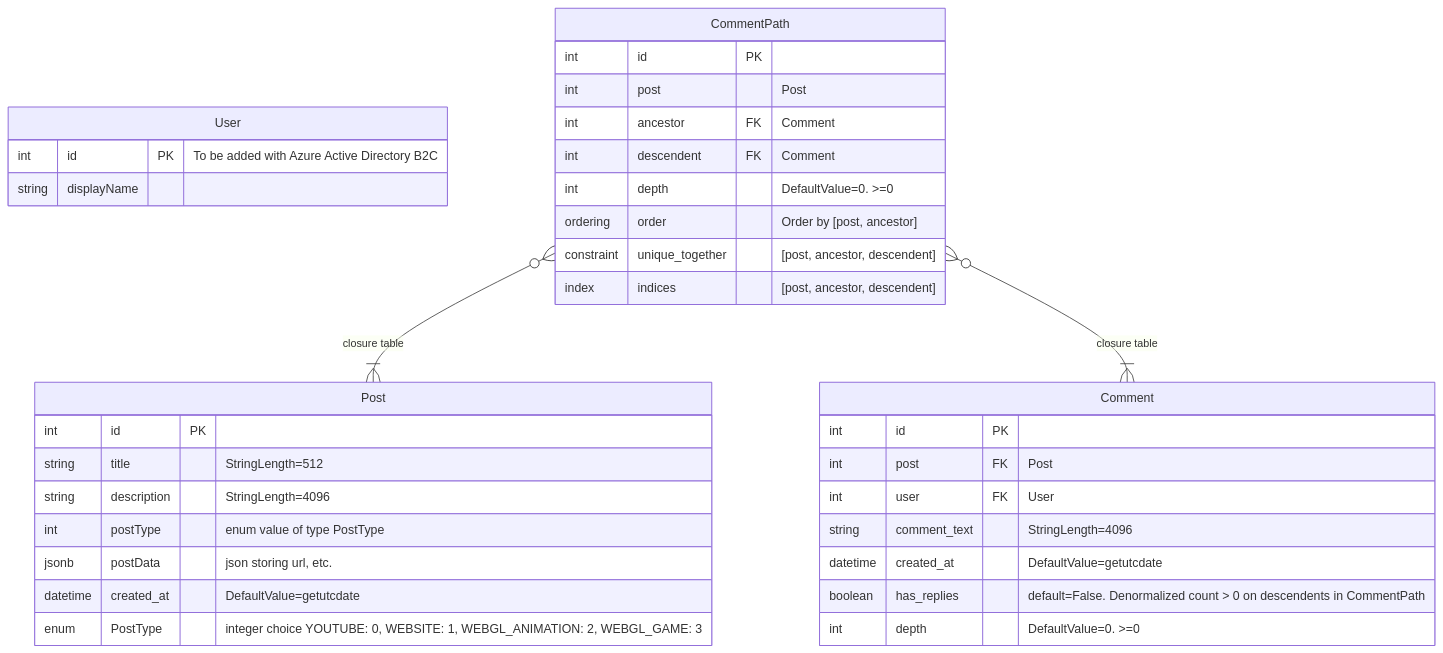
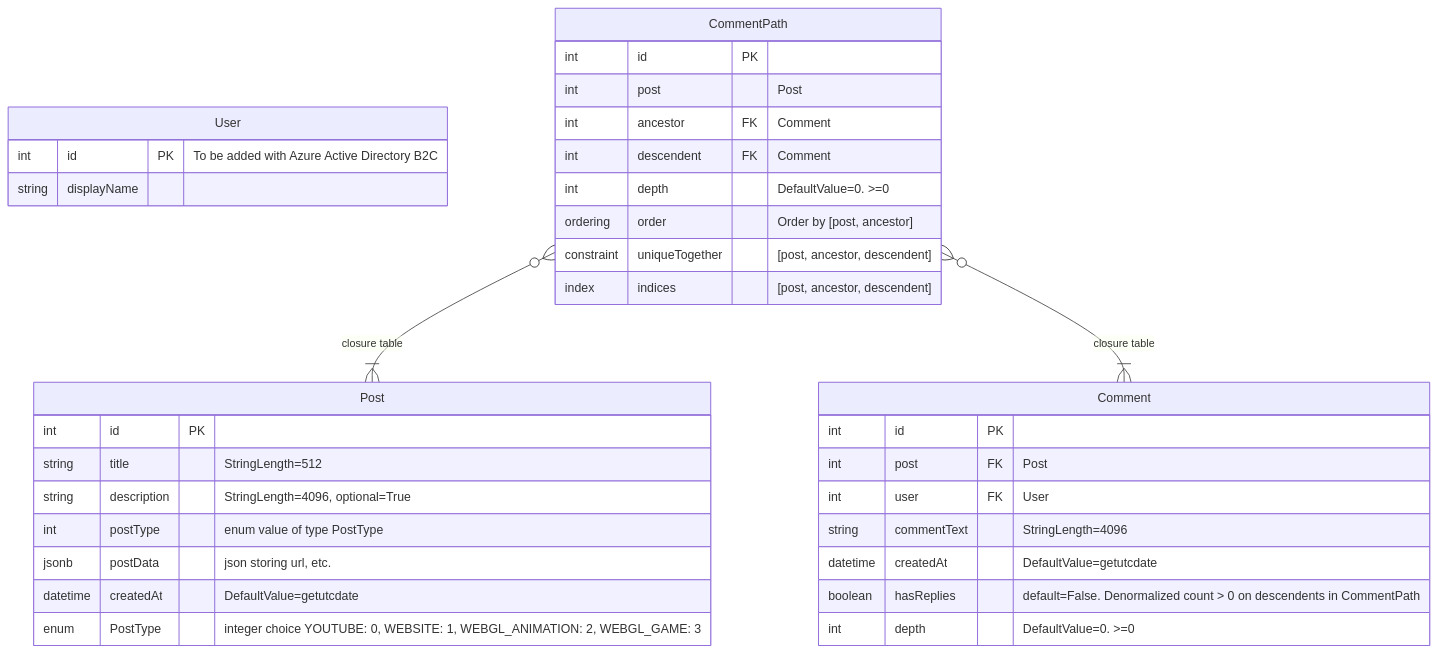
One commit to Yinnerston/Untitled-Gundam-Game changed the diagram in docs/webshowcase/01_intro.md. Above: the diagram before and after it, drawn with Mermaid.

Commit message:
change data model columns to camelCase and add constraints on columns

````diff
--- a/docs/webshowcase/01_intro.md
+++ b/docs/webshowcase/01_intro.md
@@ -9,38 +9,38 @@
 ```mermaid
 erDiagram
     User    {
         int id PK "To be added with Azure Active Directory B2C"
         string displayName
     }
     Post    {
         int id PK
         string title "StringLength=512"
-        string description "StringLength=4096"
+        string description "StringLength=4096, optional=True"
         int postType "enum value of type PostType"
         jsonb postData "json storing url, etc."
-        datetime created_at "DefaultValue=getutcdate"
+        datetime createdAt "DefaultValue=getutcdate"
         enum PostType "integer choice YOUTUBE: 0, WEBSITE: 1, WEBGL_ANIMATION: 2, WEBGL_GAME: 3"
     }
     CommentPath }o--|{ Post : "closure table"
     CommentPath }o--|{ Comment : "closure table"
     Comment    {
     int id PK
     int post FK "Post"
     int user FK "User"
-    string comment_text "StringLength=4096"
-    datetime created_at "DefaultValue=getutcdate"
-    boolean has_replies "default=False. Denormalized count > 0 on descendents in CommentPath"
+    string commentText "StringLength=4096"
+    datetime createdAt "DefaultValue=getutcdate"
+    boolean hasReplies "default=False. Denormalized count > 0 on descendents in CommentPath"
     int depth "DefaultValue=0. >=0"
     }
     CommentPath   {
         int id PK
         int post "Post"
         int ancestor FK "Comment"
         int descendent FK "Comment"
         int depth "DefaultValue=0. >=0"
         ordering order "Order by [post, ancestor]"
-        constraint unique_together "[post, ancestor, descendent]"
+        constraint uniqueTogether "[post, ancestor, descendent]"
         index indices "[post, ancestor, descendent]"
     }
 
 ```
````
